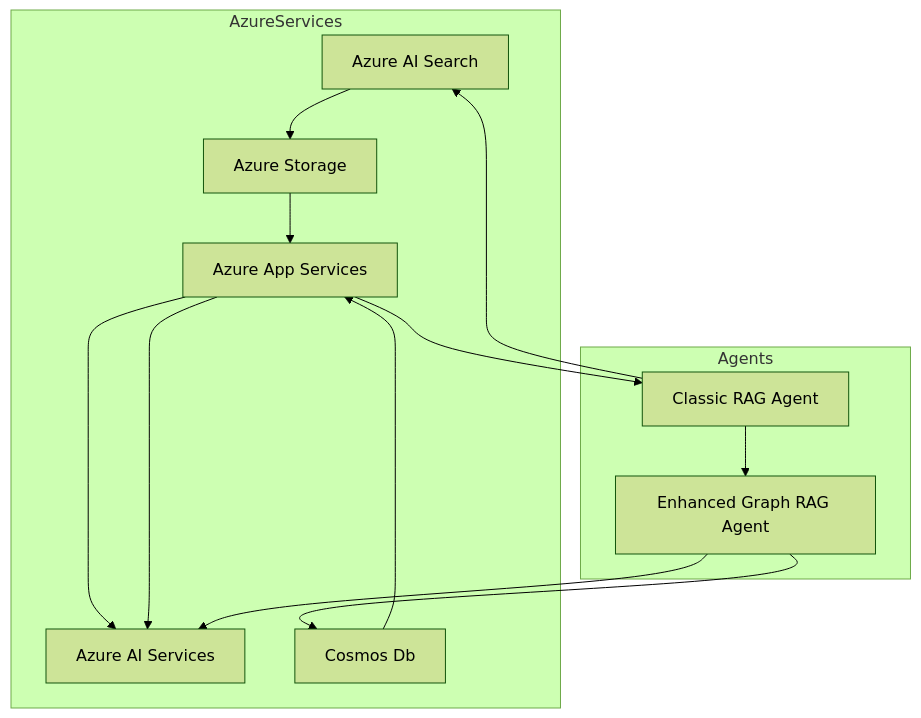
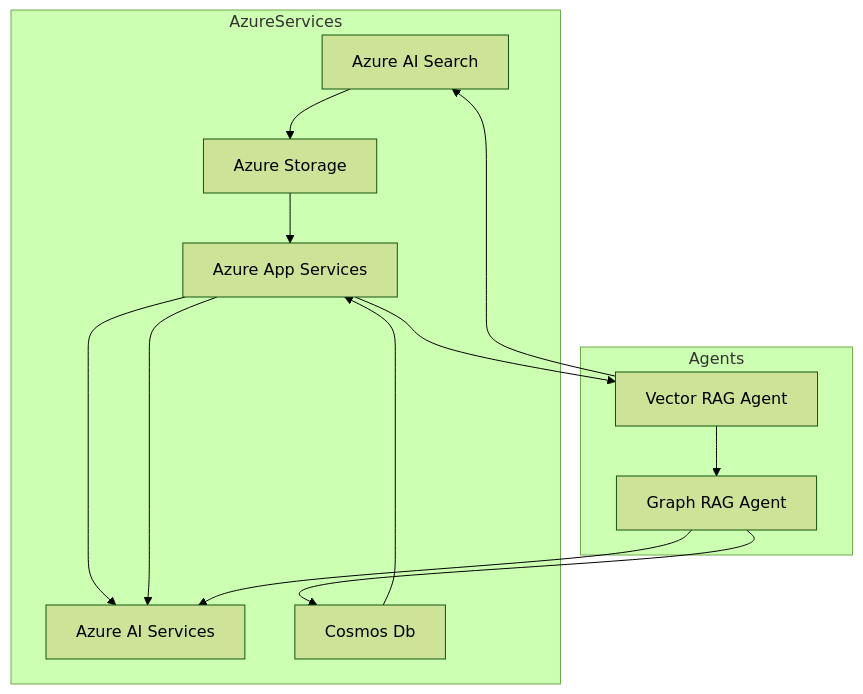
Before and after one commit to microsoft/deepRAG: the first of 3 diagrams in docs/ARCHITECTURE.md, drawn with Mermaid (forest theme). The commit also changed other lines of this file, not shown here.

Commit message:
changed agent flow

````diff
--- a/docs/ARCHITECTURE.md
+++ b/docs/ARCHITECTURE.md
@@ -7,20 +7,20 @@
 ```mermaid
 graph TD
   subgraph AzureServices
     search[Azure AI Search]
     AOAI[Azure AI Services]
     app[Azure App Services]
     storage[Azure Storage]
     graphDb[Cosmos Db]
   end
 
   subgraph Agents
-    rag[Classic RAG Agent]
-    graphRag[Enhanced Graph RAG Agent]
+    rag[Vector RAG Agent]
+    graphRag[Graph RAG Agent]
   end
 
   rag --> search --> storage --> app --> AOAI
   graphRag --> graphDb --> app --> AOAI
   app --> rag --> graphRag --> AOAI
 
 ```
````
